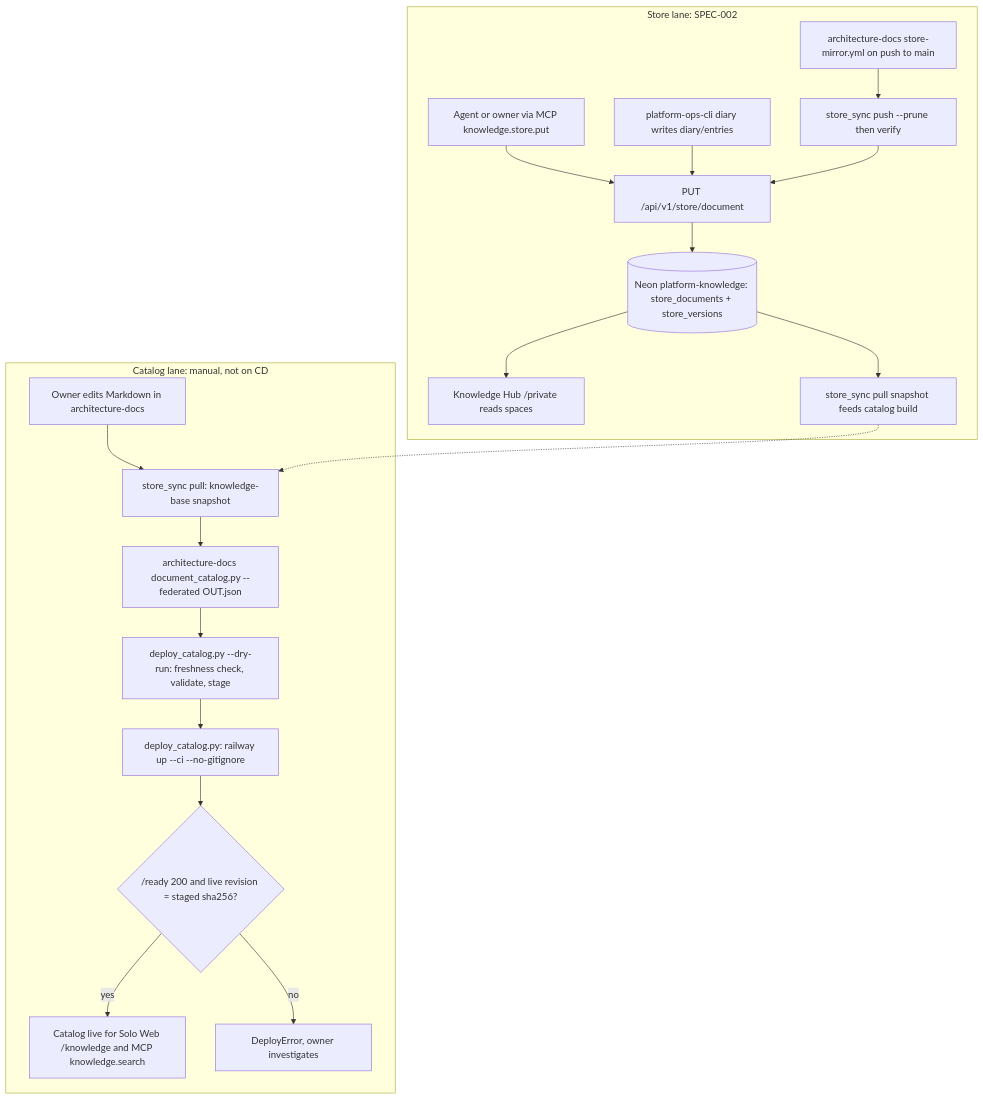
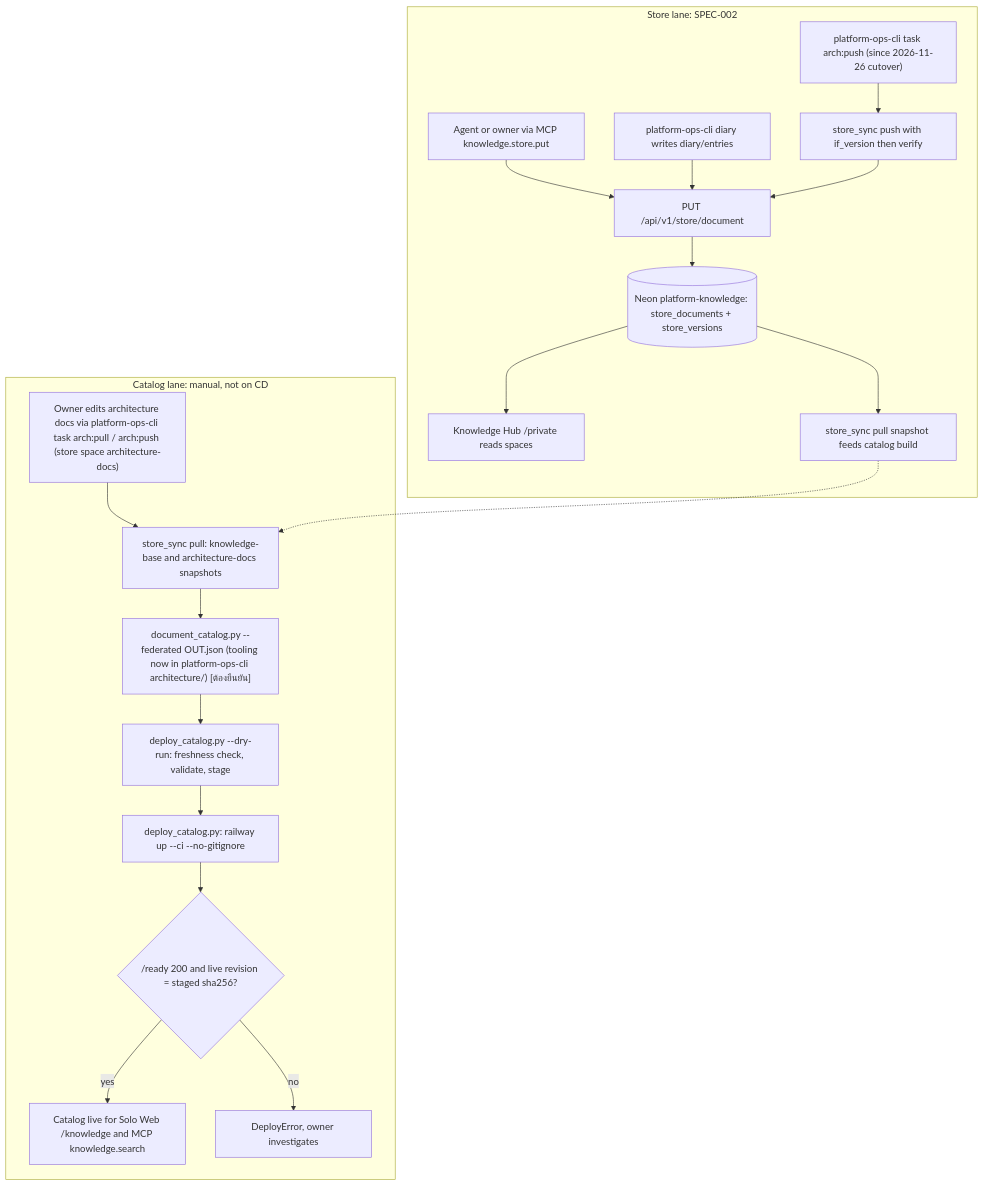
The first of 2 diagrams in docs/diagrams/01-business-process.md (bookchaowalit/platform-knowledge-api), drawn with Mermaid before and after one commit. The commit also changed other lines of this file, not shown here.

Commit message:
docs(diagrams): architecture-docs phase 3 cutover is done (G4)

````diff
--- a/docs/diagrams/01-business-process.md
+++ b/docs/diagrams/01-business-process.md
@@ -9,22 +9,22 @@
 ```mermaid
 flowchart TD
   subgraph CATALOG["Catalog lane: manual, not on CD"]
-    A1["Owner edits Markdown in architecture-docs"] --> A2["store_sync pull: knowledge-base snapshot"]
-    A2 --> A3["architecture-docs document_catalog.py --federated OUT.json"]
+    A1["Owner edits architecture docs via platform-ops-cli task arch:pull / arch:push (store space architecture-docs)"] --> A2["store_sync pull: knowledge-base and architecture-docs snapshots"]
+    A2 --> A3["document_catalog.py --federated OUT.json (tooling now in platform-ops-cli architecture/) [ต้องยืนยัน]"]
     A3 --> A4["deploy_catalog.py --dry-run: freshness check, validate, stage"]
     A4 --> A5["deploy_catalog.py: railway up --ci --no-gitignore"]
     A5 --> A6{"/ready 200 and live revision = staged sha256?"}
     A6 -->|"yes"| A7["Catalog live for Solo Web /knowledge and MCP knowledge.search"]
     A6 -->|"no"| A8["DeployError, owner investigates"]
   end
   subgraph STORE["Store lane: SPEC-002"]
     B1["Agent or owner via MCP knowledge.store.put"] --> B3["PUT /api/v1/store/document"]
     B2["platform-ops-cli diary writes diary/entries"] --> B3
-    B4["architecture-docs store-mirror.yml on push to main"] --> B5["store_sync push --prune then verify"]
+    B4["platform-ops-cli task arch:push (since 2026-11-26 cutover)"] --> B5["store_sync push with if_version then verify"]
     B5 --> B3
     B3 --> B6[("Neon platform-knowledge: store_documents + store_versions")]
     B6 --> B7["Knowledge Hub /private reads spaces"]
     B6 --> B8["store_sync pull snapshot feeds catalog build"]
   end
   B8 -.-> A2
 ```
````
